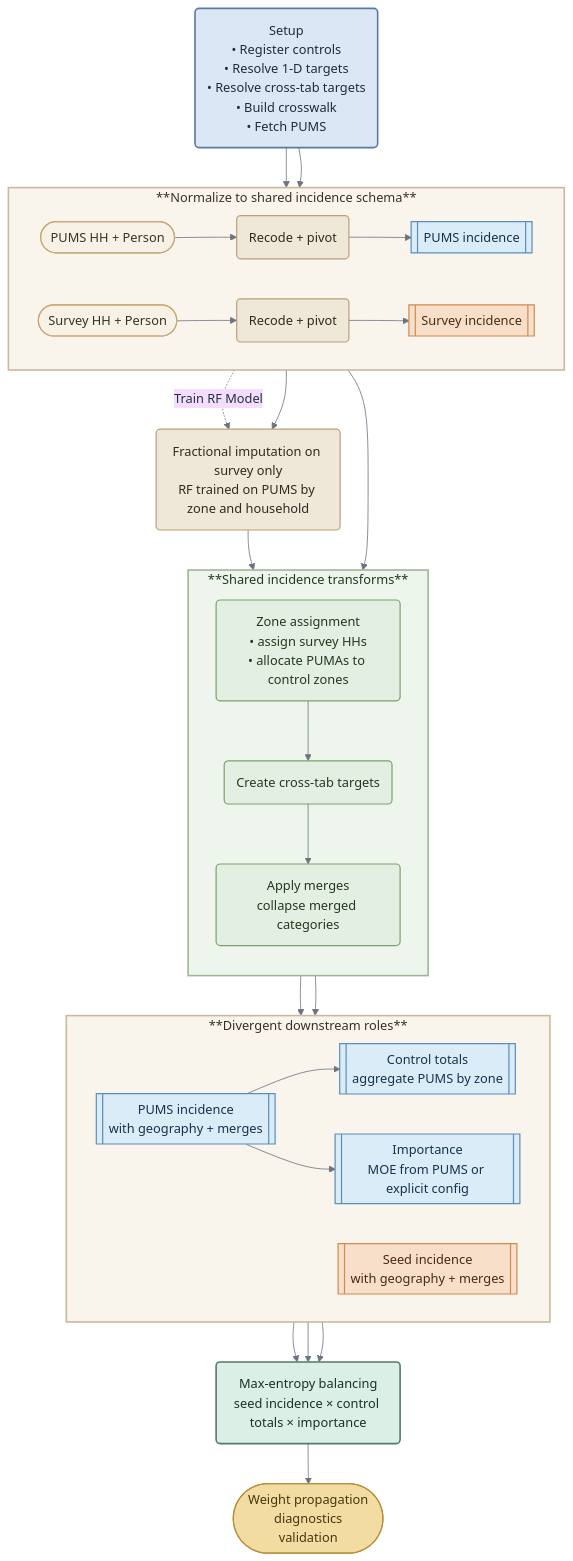
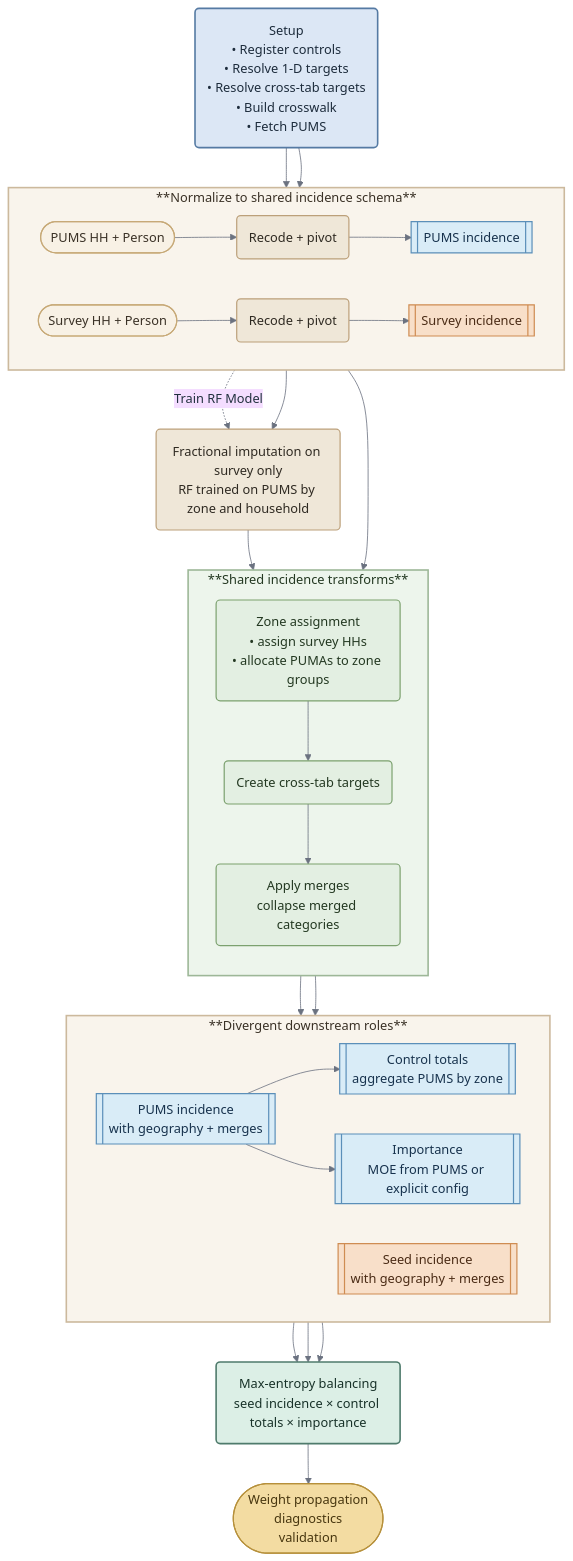
The diagram in docs/pipeline_steps/weighting/compute_weights.md (BayAreaMetro/travel-diary-survey-tools), drawn with Mermaid before and after one commit. The commit also changed 36 other files, not shown here.

First line of the commit message:
Weighting zones: one name each, target_zone_id and zone_group_id

````diff
--- a/docs/pipeline_steps/weighting/compute_weights.md
+++ b/docs/pipeline_steps/weighting/compute_weights.md
@@ -17,73 +17,73 @@
 ```mermaid
 %%{init: {'theme': 'base', 'themeVariables': {
   'background': '#fcfaf6',
   'primaryTextColor': '#22313f',
   'primaryBorderColor': '#9f8b6d',
   'lineColor': '#6b7280',
   'fontFamily': 'IBM Plex Sans, Segoe UI, sans-serif'
 }}}%%
 flowchart TD
   A("Setup\n• Register controls\n• Resolve 1-D targets\n• Resolve cross-tab targets\n• Build crosswalk\n• Fetch PUMS")
 
   subgraph inputs ["**Normalize to shared incidence schema**"]
     direction LR
     P0(["PUMS HH + Person"]) --> P1("Recode + pivot") --> PI[["PUMS incidence"]]
     S0(["Survey HH + Person"]) --> S1("Recode + pivot") --> SI[["Survey incidence"]]
   end
 
   NI("Fractional imputation on survey only\nRF trained on PUMS by zone and household")
 
   subgraph shared_stage ["**Shared incidence transforms**"]
     direction TD
-    G1("Zone assignment\n• assign survey HHs\n• allocate PUMAs to control zones")
+    G1("Zone assignment\n• assign survey HHs\n• allocate PUMAs to zone groups")
     G2("Create cross-tab targets")
     G3("Apply merges\ncollapse merged categories")
     G1 --> G2
     G2 --> G3
   end
 
   subgraph outputs ["**Divergent downstream roles**"]
     direction LR
     PZ[["PUMS incidence\nwith geography + merges"]] --> CT[["Control totals\naggregate PUMS by zone"]]
     PZ --> IM[["Importance\nMOE from PUMS or explicit config"]]
     SZ[["Seed incidence\nwith geography + merges"]]
   end
 
   B("Max-entropy balancing\nseed incidence × control totals × importance")
   O(["Weight propagation\ndiagnostics\nvalidation"])
 
   A --> P0
   A --> S0
   PI -. "Train RF Model" .-> NI
   SI --> NI
   PI --> G1
   NI --> G1
   G3 --> PZ
   G3 --> SZ
   SZ --> B
   CT --> B
   IM --> B
   B --> O
 
   classDef setup fill:#dce7f5,stroke:#557aa3,color:#1d2c3c,stroke-width:2px;
   classDef source fill:#f8f1e5,stroke:#c7a977,color:#3a3126,stroke-width:1.5px;
   classDef action fill:#efe7d8,stroke:#bca07a,color:#2f2a22,stroke-width:1.5px;
   classDef pums fill:#d9ecf7,stroke:#5b8fb9,color:#17324d,stroke-width:1.5px;
   classDef survey fill:#f8dfc9,stroke:#cf8c52,color:#4a2b15,stroke-width:1.5px;
   classDef shared fill:#e3efe2,stroke:#7ca16f,color:#233821,stroke-width:1.5px;
   classDef balance fill:#dcefe6,stroke:#4f7b6c,color:#183229,stroke-width:2px;
   classDef output fill:#f3dca2,stroke:#b6903b,color:#47360f,stroke-width:1.5px;
 
   class A setup;
   class P0,S0 source;
   class P1,S1,NI action;
   class PI,PZ,CT,IM pums;
   class SI,SZ survey;
   class G1,G2,G3 shared;
   class B balance;
   class O output;
 
   style inputs fill:#f9f4ec,stroke:#ccb99d,stroke-width:2px,color:#3a3126;
   style shared_stage fill:#edf5ec,stroke:#9db798,stroke-width:2px,color:#233821;
   style outputs fill:#f9f4ec,stroke:#ccb99d,stroke-width:2px,color:#3a3126;
 ```
````
